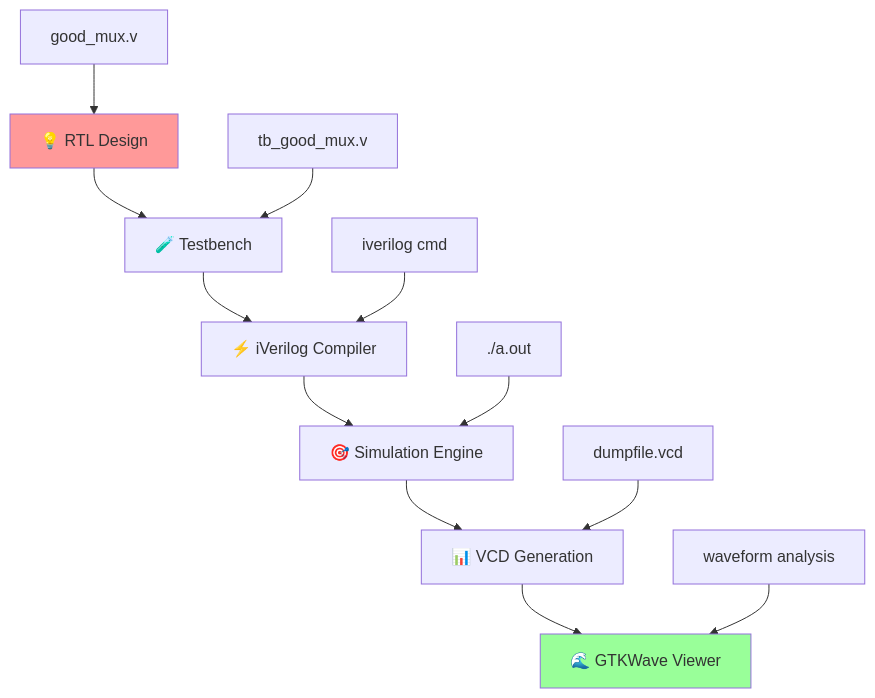
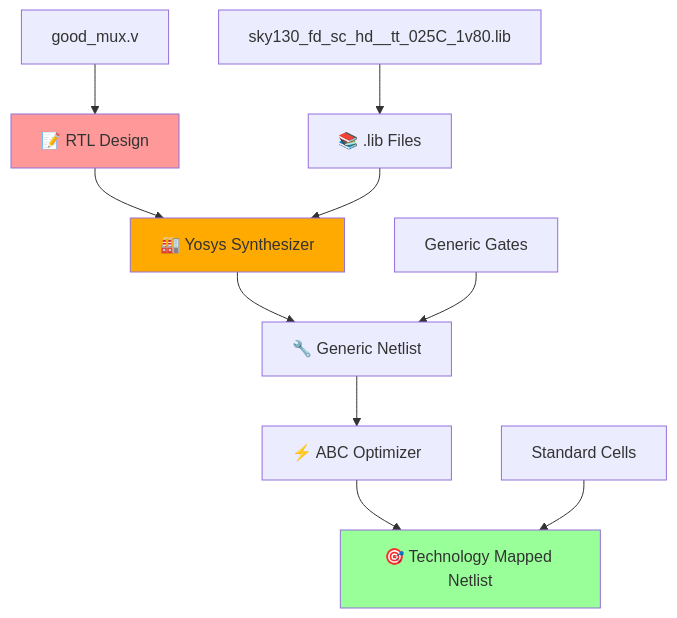
The diagram in README.md (Bejish/VSD_Tapeout_Week_1), drawn with Mermaid before and after one commit. The commit also changed other lines of this file, not shown here.

````diff
--- a/README.md
+++ b/README.md
@@ -41,18 +46,17 @@
 ```mermaid
 graph TD
-    A[💡 RTL Design] --> B[🧪 Testbench]
-    B --> C[⚡ iVerilog Compiler]
-    C --> D[🎯 Simulation Engine]
-    D --> E[📊 VCD Generation]
-    E --> F[🌊 GTKWave Viewer]
+    A[📝 RTL Design] --> B[🏭 Yosys Synthesizer]
+    C[📚 .lib Files] --> B
+    B --> D[🔧 Generic Netlist]
+    D --> E[⚡ ABC Optimizer]
+    E --> F[🎯 Technology Mapped Netlist]
     
     A1[good_mux.v] --> A
-    B1[tb_good_mux.v] --> B
-    C1[iverilog cmd] --> C
-    D1[./a.out] --> D
-    E1[dumpfile.vcd] --> E
-    F1[waveform analysis] --> F
+    C1[sky130_fd_sc_hd__tt_025C_1v80.lib] --> C
+    D1[Generic Gates] --> D
+    F1[Standard Cells] --> F
     
     style A fill:#ff9999
     style F fill:#99ff99
+    style B fill:#ffaa00
 ```
````
